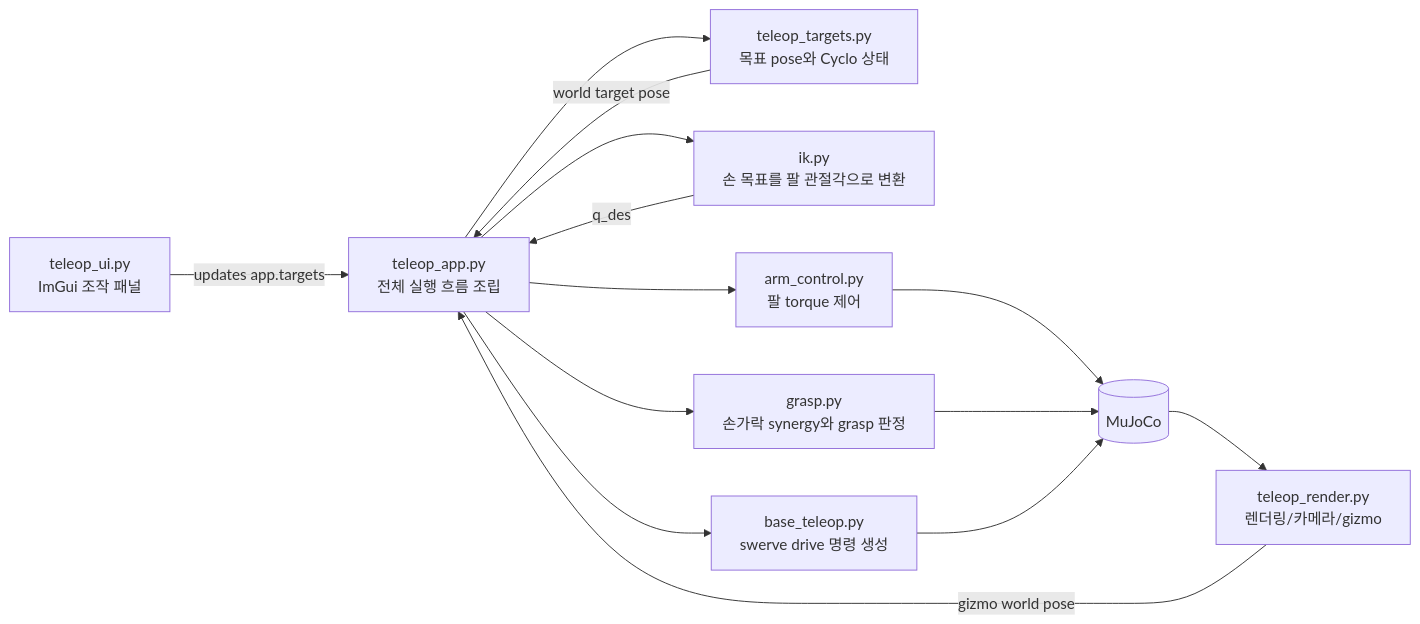
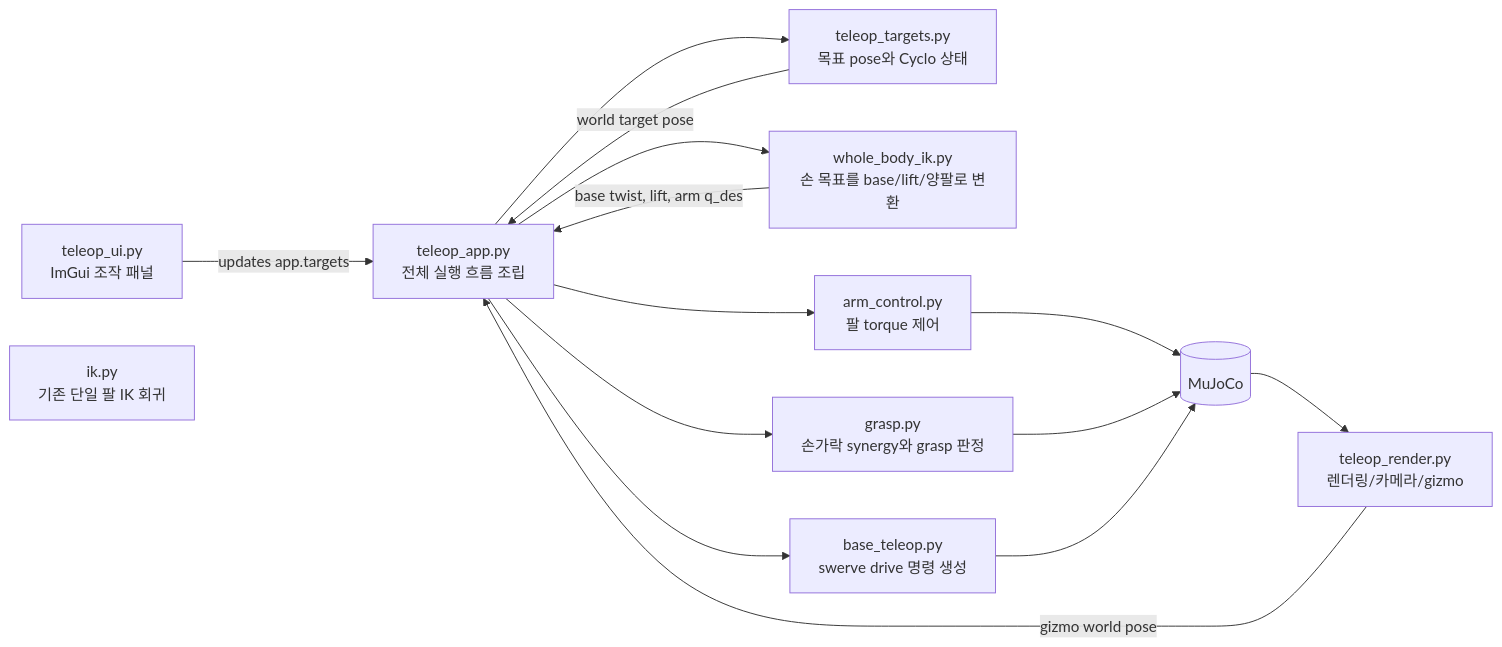
One commit to ggh-png/ffw-sh5-grasp changed the diagram in docs/guide/index.md. Above: the diagram before and after it, drawn with Mermaid. The commit also changed other lines of this file and 20 other files, not shown here.

Commit message:
Add ROS-free whole-body IK and stabilize mobile control

````diff
--- a/docs/guide/index.md
+++ b/docs/guide/index.md
@@ -9,26 +9,27 @@
 ```mermaid
 graph LR
     APP["teleop_app.py<br>전체 실행 흐름 조립"]
     UI["teleop_ui.py<br>ImGui 조작 패널"]
     RENDER["teleop_render.py<br>렌더링/카메라/gizmo"]
     TARGETS["teleop_targets.py<br>목표 pose와 Cyclo 상태"]
-    IK["ik.py<br>손 목표를 팔 관절각으로 변환"]
+    IK["whole_body_ik.py<br>손 목표를 base/lift/양팔로 변환"]
+    LEGACY["ik.py<br>기존 단일 팔 IK 회귀"]
     ARM["arm_control.py<br>팔 torque 제어"]
     GRASP["grasp.py<br>손가락 synergy와 grasp 판정"]
     BASE["base_teleop.py<br>swerve drive 명령 생성"]
     PHYS[(MuJoCo)]
 
     UI -->|updates app.targets| APP
     RENDER -->|gizmo world pose| APP
     APP --> TARGETS
     TARGETS -->|world target pose| APP
     APP --> IK
-    IK -->|q_des| APP
+    IK -->|base twist, lift, arm q_des| APP
     APP --> ARM
     APP --> GRASP
     APP --> BASE
     ARM --> PHYS
     GRASP --> PHYS
     BASE --> PHYS
     PHYS --> RENDER
 ```
````
